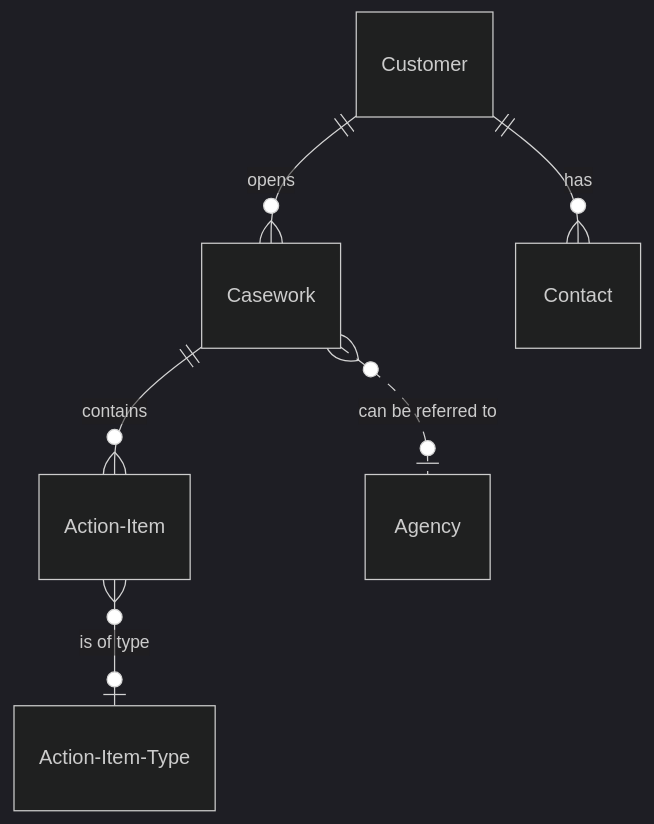
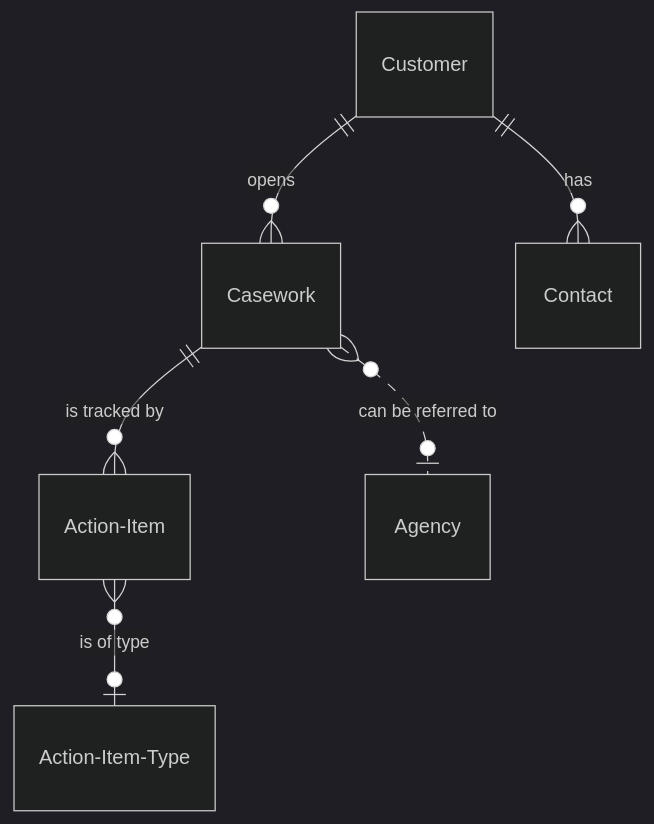
One commit to gaepdit/sbeap changed the diagram in docs/Entity relationship diagram.md. Above: the diagram before and after it, drawn with Mermaid (dark theme). The commit also changed 39 other files, not shown here.

````diff
--- a/docs/Entity relationship diagram.md
+++ b/docs/Entity relationship diagram.md
@@ -3,9 +3,9 @@
 ```mermaid
 erDiagram
 
 Customer    ||--o{ Casework         : "opens"
-Casework    ||--o{ Action-Item      : "contains"
+Casework    ||--o{ Action-Item      : "is tracked by"
 Customer    ||--o{ Contact          : "has"
 Casework    }o..o| Agency           : "can be referred to"
 Action-Item }o--o| Action-Item-Type : "is of type"
 ```
````
